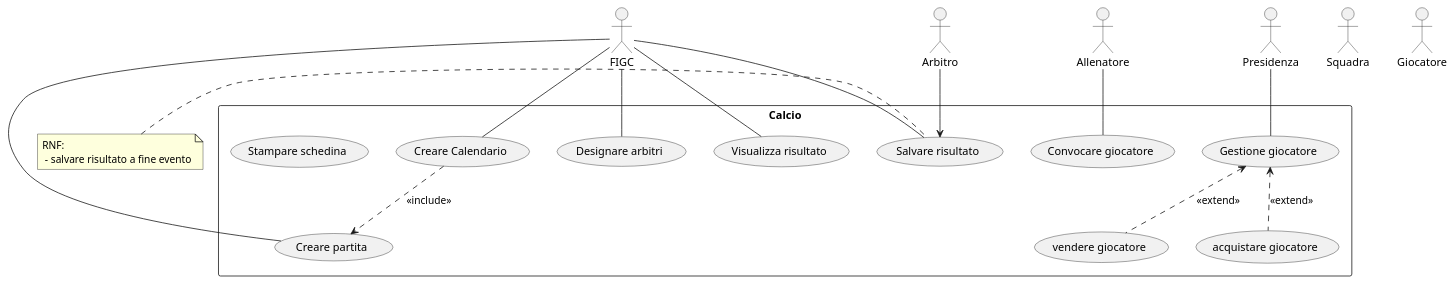
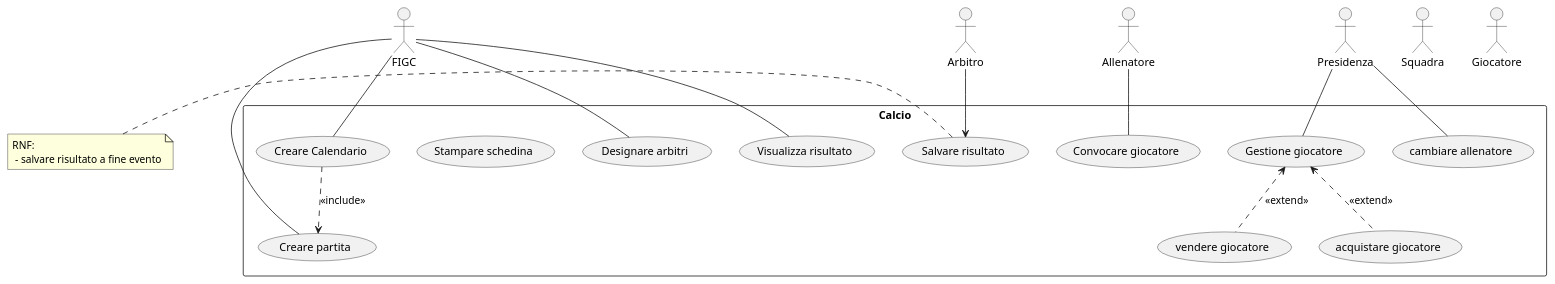
Before and after one commit to itsNikk/2526-4AI: the diagram in src/src/UMLExercises/UCDs/Calcio.puml, drawn with PlantUML.

```diff
--- a/src/src/UMLExercises/UCDs/Calcio.puml
+++ b/src/src/UMLExercises/UCDs/Calcio.puml
@@ -1,49 +1,49 @@
 @startuml
 
 ''nomi - singolari
 '' CTRL+D = duplica riga
 '' CTRL+SHIFT+arrows
 :Arbitro: as arb
 :Allenatore: as all
 :FIGC: as f
 :Squadra: as s
 :Presidenza: as pres
 :Giocatore: as gio
 
 '' Confini del sistema
 rectangle Calcio {
     usecase cal as "Creare Calendario"
     usecase save as "Salvare risultato"
     usecase part as "Creare partita"
     usecase desArb as "Designare arbitri"
     usecase showRes as "Visualizza risultato"
     usecase conv as "Convocare giocatore"
-    usecase gGio as "Gestione giocatore
-    "
+    usecase gGio as "Gestione giocatore"
     usecase aGIo as "acquistare giocatore"
     usecase vGio as "vendere giocatore"
     usecase printSched as "Stampare schedina"
+    usecase changeAll as (cambiare allenatore)
+
 }
 
 f -- cal
 f -- part
 f -- desArb
 
 all -- conv
 
 arb --> save
-f -- save
-
+pres -- changeAll
 f -- showRes
 
 pres -- gGio
 gGio <.. aGIo : <<extend>>
 gGio <.. vGio : <<extend>>
 cal ..> part : <<include>>
 
 note left of save
    RNF:
     - salvare risultato a fine evento
 end note
 
 @enduml
```
